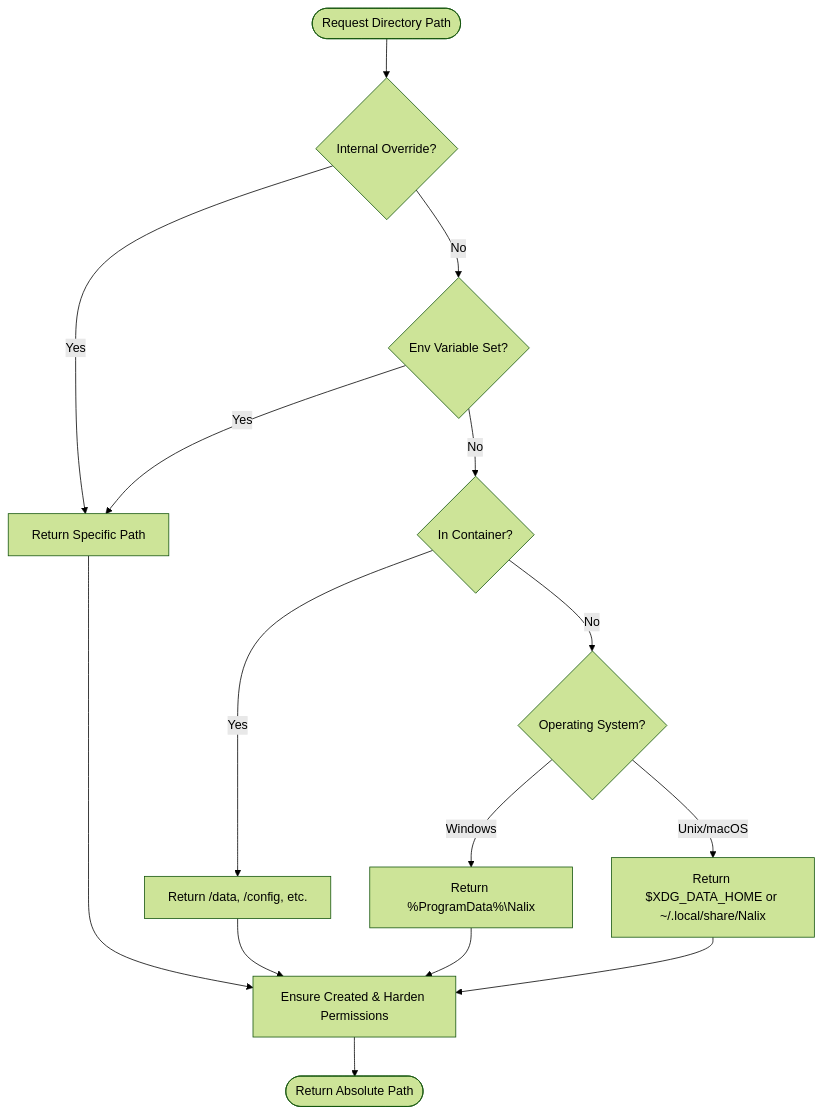
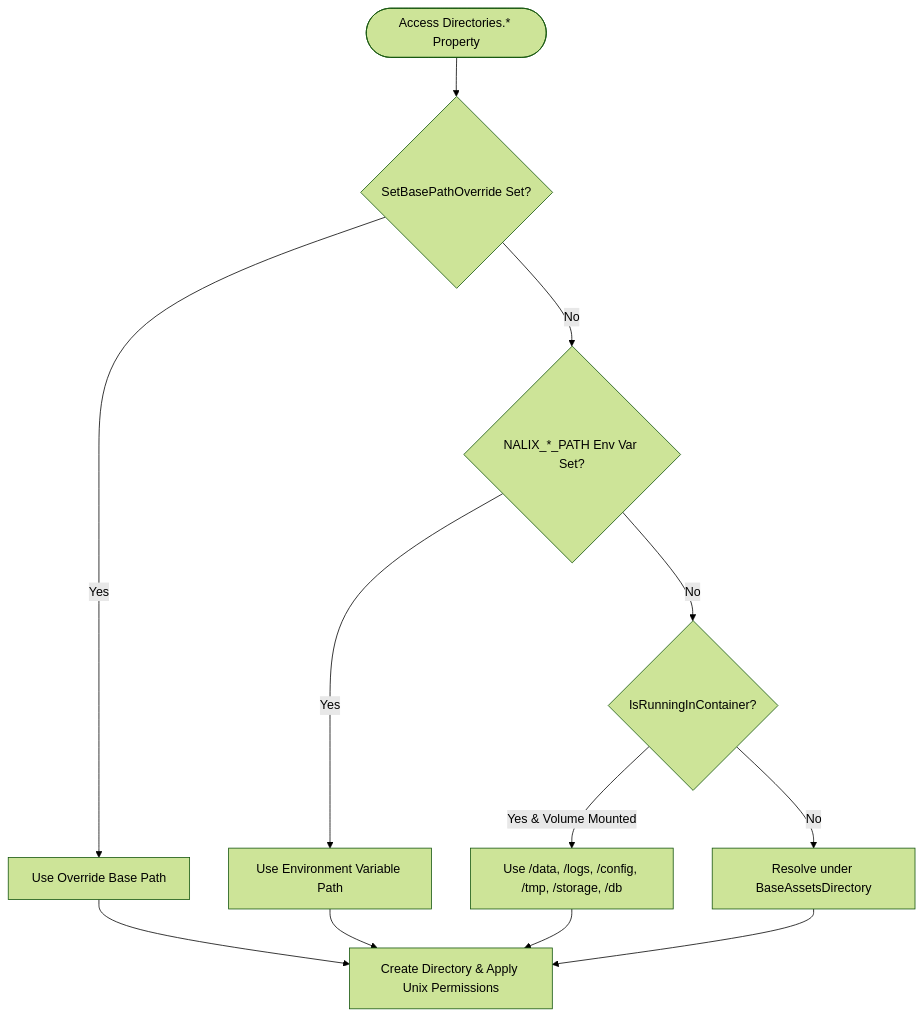
One commit to ppn-systems/nalix-docs changed the diagram in src/content/docs/en-us/api/environment/directories.md. Above: the diagram before and after it, drawn with Mermaid (forest theme). The commit also changed other lines of this file and 180 other files, not shown here.

````diff
--- a/src/content/docs/en-us/api/environment/directories.md
+++ b/src/content/docs/en-us/api/environment/directories.md
@@ -14,22 +22,14 @@
 ```mermaid
 flowchart TD
-    Start([Request Directory Path]) --> Override{Internal Override?}
-    Override -- Yes --> Resolve[Return Specific Path]
-    Override -- No --> Env{Env Variable Set?}
-    
-    Env -- Yes --> Resolve
-    Env -- No --> Container{In Container?}
-    
-    Container -- Yes --> CDefault[Return /data, /config, etc.]
-    Container -- No --> OS{Operating System?}
-    
-    OS -- Windows --> WinFallback[Return %ProgramData%\Nalix]
-    OS -- Unix/macOS --> UnixFallback[Return $XDG_DATA_HOME or ~/.local/share/Nalix]
-    
-    Resolve --> Hardening[Ensure Created & Harden Permissions]
-    CDefault --> Hardening
-    WinFallback --> Hardening
-    UnixFallback --> Hardening
-    
-    Hardening --> End([Return Absolute Path])
+    Start(["Access Directories.* Property"]) --> Override{"SetBasePathOverride Set?"}
+    Override -->|Yes| BaseOverride["Use Override Base Path"]
+    Override -->|No| EnvVar{"NALIX_*_PATH Env Var Set?"}
+    EnvVar -->|Yes| UseEnv["Use Environment Variable Path"]
+    EnvVar -->|No| Container{"IsRunningInContainer?"}
+    Container -->|Yes & Volume Mounted| UseContainer["Use /data, /logs, /config, /tmp, /storage, /db"]
+    Container -->|No| OSFallback["Resolve under BaseAssetsDirectory"]
+    BaseOverride --> Harden["Create Directory & Apply Unix Permissions"]
+    UseEnv --> Harden
+    UseContainer --> Harden
+    OSFallback --> Harden
 ```
````
